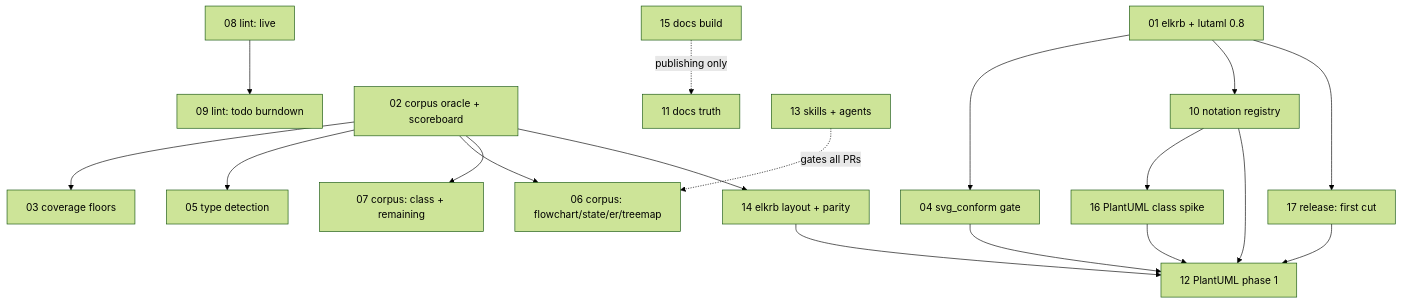
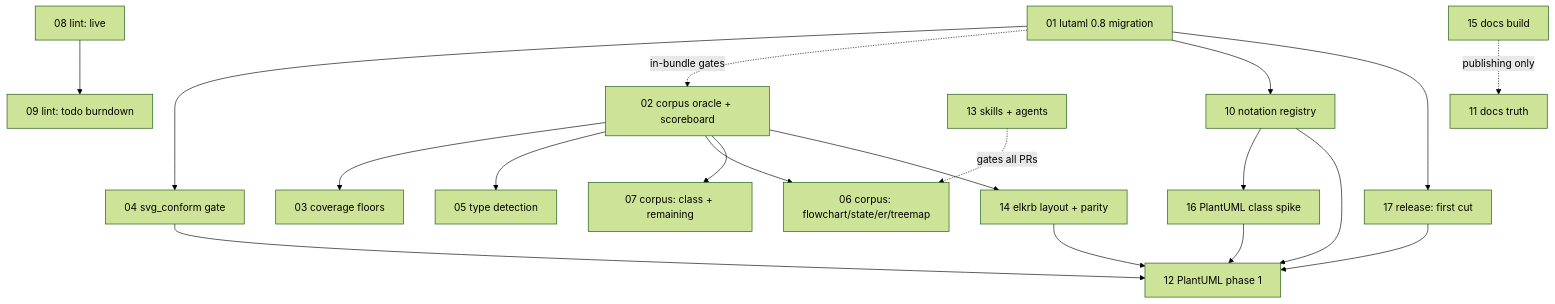
Before and after one commit to claricle/sirena: the second of 2 diagrams in TODO.foundation/00-overview.md, drawn with Mermaid (forest theme). The commit also changed other lines of this file and 14 other files, not shown here.

````diff
--- a/TODO.foundation/00-overview.md
+++ b/TODO.foundation/00-overview.md
@@ -58,20 +63,21 @@
 ```mermaid
 flowchart TD
-    A01[01 elkrb + lutaml 0.8] --> B04[04 svg_conform gate]
+    A01[01 lutaml 0.8 migration] --> B04[04 svg_conform gate]
+    A01 -.in-bundle gates.-> B02[02 corpus oracle + scoreboard]
     A01 --> E10[10 notation registry]
     A01 --> R17[17 release: first cut]
-    B02[02 corpus oracle + scoreboard] --> B03[03 coverage floors]
+    B02 --> B03[03 coverage floors]
     B02 --> C05[05 type detection]
     B02 --> C06[06 corpus: flowchart/state/er/treemap]
     B02 --> C07[07 corpus: class + remaining]
     B02 --> I14[14 elkrb layout + parity]
     E10 --> S16[16 PlantUML class spike]
     E10 --> G12[12 PlantUML phase 1]
     S16 --> G12
     B04 --> G12
     I14 --> G12
     R17 --> G12
     D08[08 lint: live] --> D09[09 lint: todo burndown]
     H13[13 skills + agents] -.gates all PRs.-> C06
     F15[15 docs build] -.publishing only.-> F11[11 docs truth]
 ```
````
